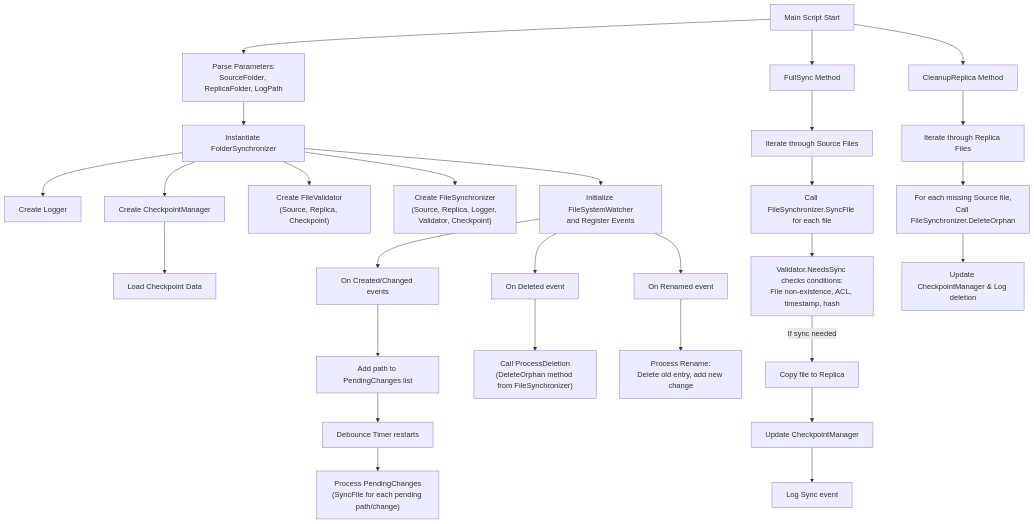
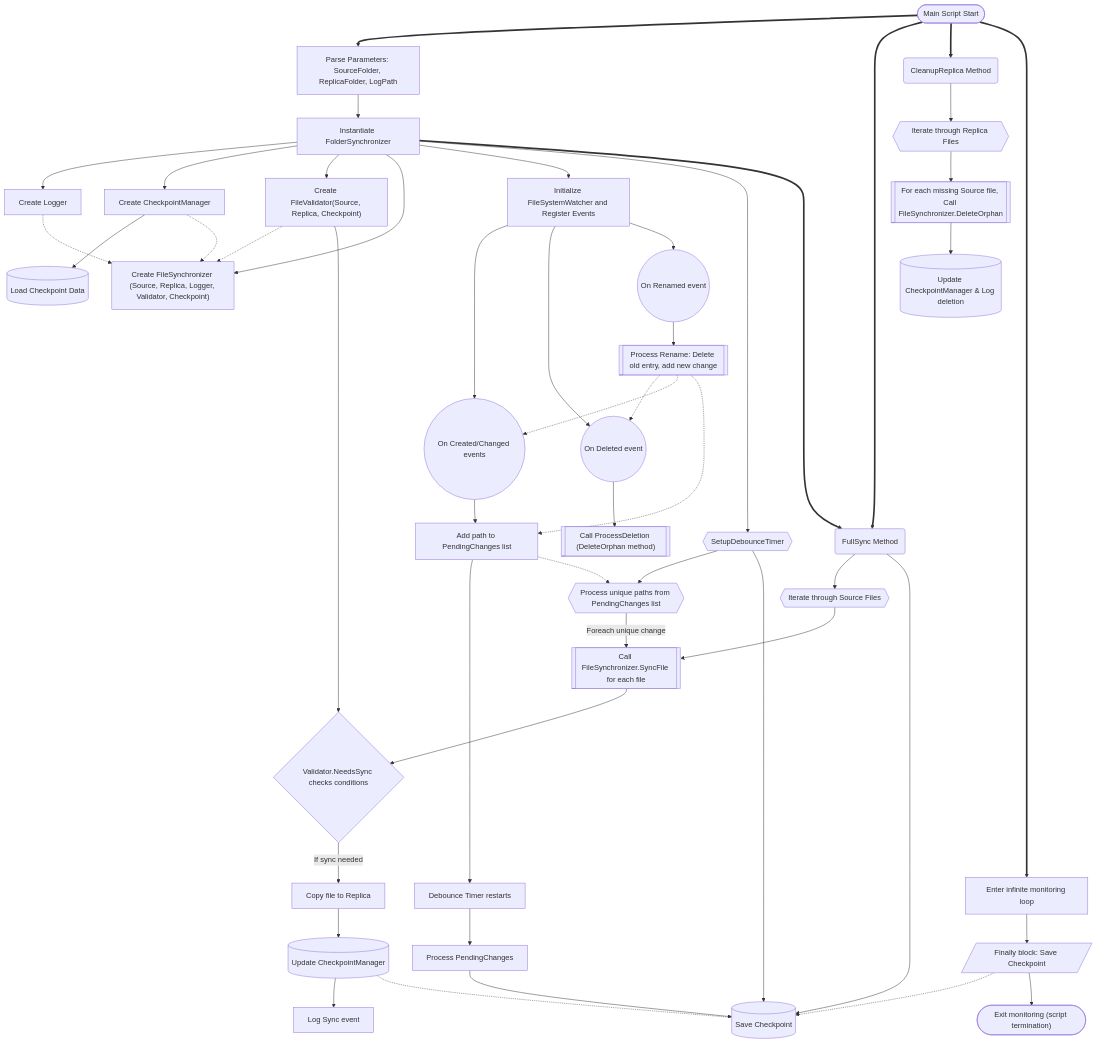
The diagram in CodeFlow.md (MalfiRG/MiniOnedrive), drawn with Mermaid before and after one commit. The commit also changed 3 other files, not shown here.

Commit message:
Update file generation script parameters and enhance flowchart documentation

````diff
--- a/CodeFlow.md
+++ b/CodeFlow.md
@@ -1,39 +1,59 @@
 ```mermaid
 graph TD
-    A["Main Script Start"]
-    B["Parse Parameters:\nSourceFolder, ReplicaFolder, LogPath"]
-    A --> B
-    B --> C["Instantiate FolderSynchronizer"]
+    A(["Main Script Start"]) 
+    B["Parse Parameters: SourceFolder, ReplicaFolder, LogPath"]
+    A ==> B
+    B --> C["Instantiate FolderSynchronizer"] 
+    %% Class instantiation as rectangle
+    C --> D["Create Logger"] 
+    C --> E["Create CheckpointManager"] 
+    E --> F[("Load Checkpoint Data")] 
+    C --> G["Create FileValidator(Source, Replica, Checkpoint)"] 
+    C --> H["Create FileSynchronizer (Source, Replica, Logger, Validator, Checkpoint)"] 
+    C --> I["Initialize FileSystemWatcher and Register Events"]
+    A ==> J("FullSync Method")
+    J --> K{{"Iterate through Source Files"}} 
+    K --> L[["Call FileSynchronizer.SyncFile for each file"]] 
+    L --> M{"Validator.NeedsSync checks conditions"} 
+    M --"If sync needed"--> N["Copy file to Replica"] 
+    N --> O[("Update CheckpointManager")]
+    O --> P["Log Sync event"] 
+    J --> AC[("Save Checkpoint")] 
     
-    C --> D["Create Logger"]
-    C --> E["Create CheckpointManager"]
-    E --> F["Load Checkpoint Data"]
-    C --> G["Create FileValidator\n(Source, Replica, Checkpoint)"]
-    C --> H["Create FileSynchronizer\n(Source, Replica, Logger, Validator, Checkpoint)"]
-    C --> I["Initialize FileSystemWatcher\nand Register Events"]
+    A ==> Q("CleanupReplica Method")
+    Q --> R{{"Iterate through Replica Files"}} 
+    R --> S[["For each missing Source file, Call FileSynchronizer.DeleteOrphan"]] 
+    S --> T[("Update CheckpointManager & Log deletion")] 
     
-    A --> J["FullSync Method"]
-    J --> K["Iterate through Source Files"]
-    K --> L["Call FileSynchronizer.SyncFile for each file"]
-    L --> M["Validator.NeedsSync checks conditions:\nFile non-existence, ACL, timestamp, hash"]
-    M -- "If sync needed" --> N["Copy file to Replica"]
-    N --> O["Update CheckpointManager"]
-    O --> P["Log Sync event"]
+    I --> U(("On Created/Changed events")) 
+    U --> V["Add path to PendingChanges list"] 
+    V --> W["Debounce Timer restarts"] 
+    W --> X["Process PendingChanges"]
+    X --> AC
+    I --> Y(("On Deleted event"))  
+    Y --> Z[["Call ProcessDeletion (DeleteOrphan method)"]] 
     
-    A --> Q["CleanupReplica Method"]
-    Q --> R["Iterate through Replica Files"]
-    R --> S["For each missing Source file,\nCall FileSynchronizer.DeleteOrphan"]
-    S --> T["Update CheckpointManager & Log deletion"]
+    I --> AA(("On Renamed event"))  
+    AA --> AB[["Process Rename: Delete old entry, add new change"]] 
     
-    I --> U["On Created/Changed events"]
-    U --> V["Add path to PendingChanges list"]
-    V --> W["Debounce Timer restarts"]
-    W --> X["Process PendingChanges\n(SyncFile for each pending path/change)"]
+    C --> CA{{"SetupDebounceTimer"}}  
+    A ==> AE["Enter infinite monitoring loop"]  
+    AE --> AD[/"Finally block: Save Checkpoint"/]  
+    AD -.-> AC
+    AD --> AF(["Exit monitoring (script termination)"])  
     
-    I --> Y["On Deleted event"]
-    Y --> Z["Call ProcessDeletion\n(DeleteOrphan method from FileSynchronizer)"]
+    CA --> VA{{"Process unique paths from PendingChanges list"}} 
+    VA --"Foreach unique change"--> L
+    CA --> AC
     
-    I --> AA["On Renamed event"]
-    AA --> AB["Process Rename:\nDelete old entry, add new change"]
-
+    O -.- AC
+    G -.-> H
+    G --> M
+    E -.-> H
+    D -.-> H
+    AB -.-> Y
+    AB -.-> U
+    AB -.-> V
+    C ==> J
+    V -.-> VA
 ```
````
